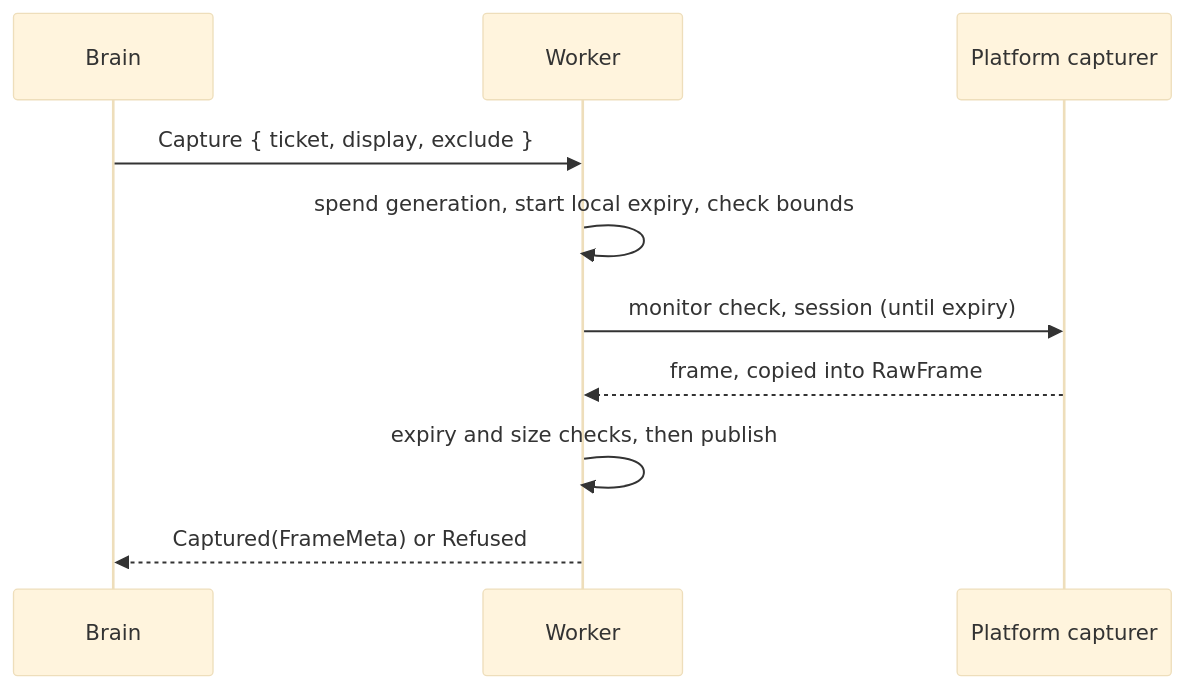
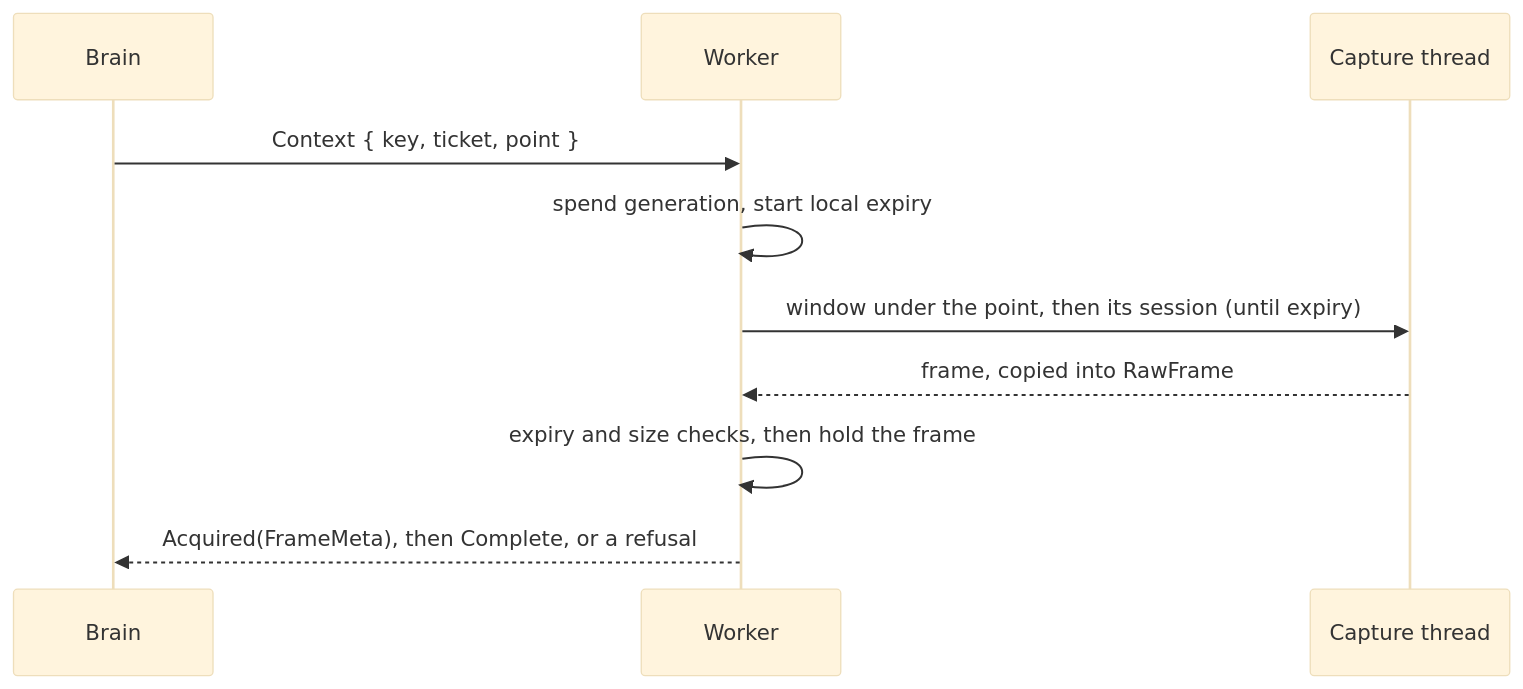
Before and after one commit to labcoder/capsula: the second of 2 diagrams in docs/development/screen.md, drawn with Mermaid (base theme). The commit also changed other lines of this file and 36 other files, not shown here.

````diff
--- a/docs/development/screen.md
+++ b/docs/development/screen.md
@@ -162,12 +158,12 @@
 ```mermaid
 sequenceDiagram
   participant B as Brain
   participant W as Worker
-  participant P as Platform capturer
-  B->>W: Capture { ticket, display, exclude }
-  W->>W: spend generation, start local expiry, check bounds
-  W->>P: monitor check, session (until expiry)
+  participant P as Capture thread
+  B->>W: Context { key, ticket, point }
+  W->>W: spend generation, start local expiry
+  W->>P: window under the point, then its session (until expiry)
   P-->>W: frame, copied into RawFrame
-  W->>W: expiry and size checks, then publish
-  W-->>B: Captured(FrameMeta) or Refused
+  W->>W: expiry and size checks, then hold the frame
+  W-->>B: Acquired(FrameMeta), then Complete, or a refusal
 ```
````
